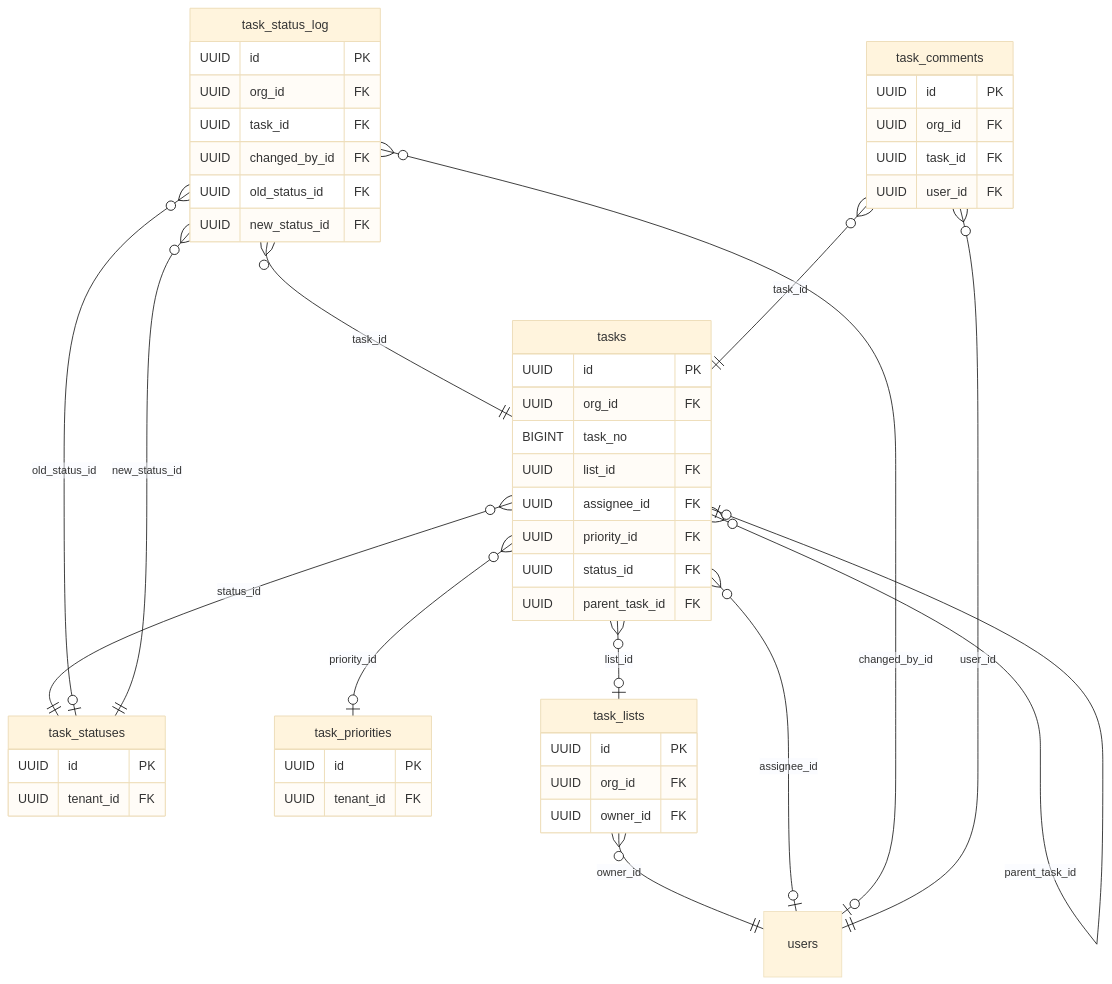
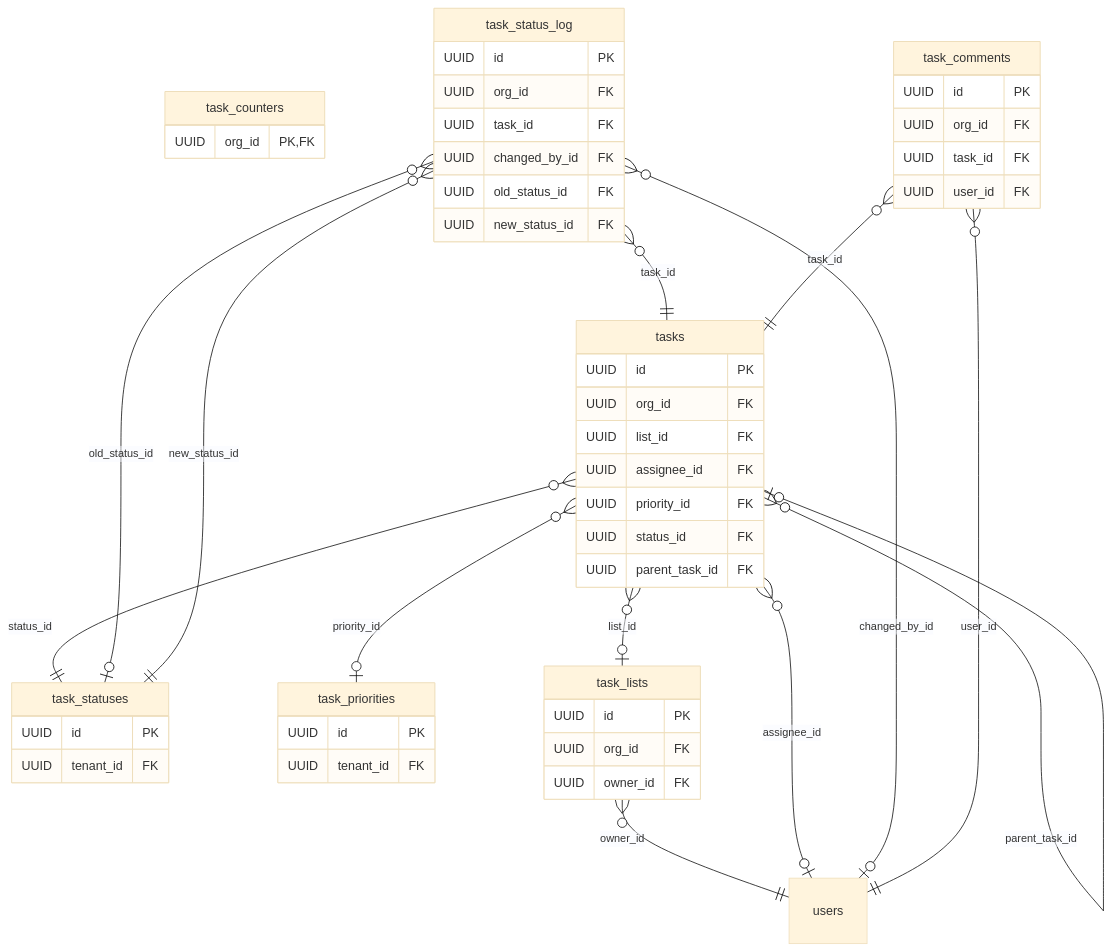
One commit to nitin-girdhar/msq-platforms changed the ninth of 14 diagrams in docs/DB_model.md. Above: the diagram before and after it, drawn with Mermaid (base theme). The commit also changed other lines of this file and 212 other files, not shown here.

````diff
--- a/docs/DB_model.md
+++ b/docs/DB_model.md
@@ -827,52 +873,54 @@
 ```mermaid
 erDiagram
   task_statuses {
     UUID id PK
     UUID tenant_id FK
   }
   task_priorities {
     UUID id PK
     UUID tenant_id FK
   }
   task_lists {
     UUID id PK
     UUID org_id FK
     UUID owner_id FK
   }
   tasks {
     UUID id PK
     UUID org_id FK
-    BIGINT task_no
     UUID list_id FK
     UUID assignee_id FK
     UUID priority_id FK
     UUID status_id FK
     UUID parent_task_id FK
+  }
+  task_counters {
+    UUID org_id PK,FK
   }
   task_status_log {
     UUID id PK
     UUID org_id FK
     UUID task_id FK
     UUID changed_by_id FK
     UUID old_status_id FK
     UUID new_status_id FK
   }
   task_comments {
     UUID id PK
     UUID org_id FK
     UUID task_id FK
     UUID user_id FK
   }
   task_lists }o--|| users : "owner_id"
   tasks }o--o| task_lists : "list_id"
   tasks }o--o| users : "assignee_id"
   tasks }o--o| task_priorities : "priority_id"
   tasks }o--|| task_statuses : "status_id"
   tasks }o--o| tasks : "parent_task_id"
   task_status_log }o--|| tasks : "task_id"
   task_status_log }o--o| users : "changed_by_id"
   task_status_log }o--o| task_statuses : "old_status_id"
   task_status_log }o--|| task_statuses : "new_status_id"
   task_comments }o--|| tasks : "task_id"
   task_comments }o--|| users : "user_id"
 ```
````
